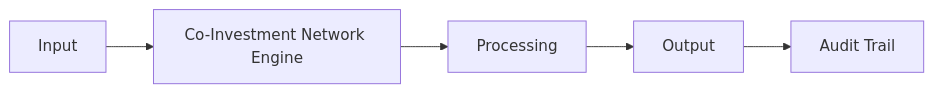
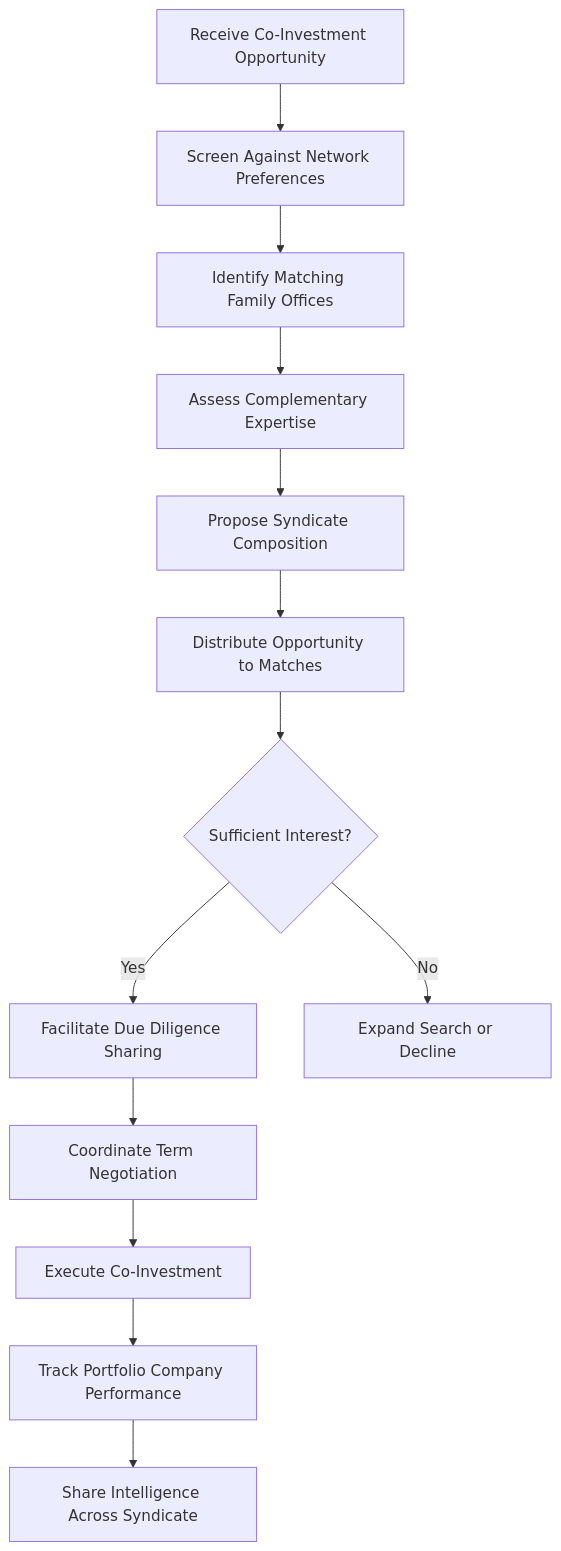
Before and after one commit to andrew-leo-2024/marketplace-docs: the diagram in docs/audiences/06-family-offices/co-investment-network-engine.mdx, drawn with Mermaid. The commit also changed other lines of this file and 401 other files, not shown here.

````diff
--- a/docs/audiences/06-family-offices/co-investment-network-engine.mdx
+++ b/docs/audiences/06-family-offices/co-investment-network-engine.mdx
@@ -29,7 +35,15 @@
 ```mermaid
-graph LR
-    A[Input] --> B[Co-Investment Network Engine]
-    B --> C[Processing]
-    C --> D[Output]
-    D --> E[Audit Trail]
+graph TD
+    A[Receive Co-Investment Opportunity] --> B[Screen Against Network Preferences]
+    B --> C[Identify Matching Family Offices]
+    C --> D[Assess Complementary Expertise]
+    D --> E[Propose Syndicate Composition]
+    E --> F[Distribute Opportunity to Matches]
+    F --> G{Sufficient Interest?}
+    G -->|Yes| H[Facilitate Due Diligence Sharing]
+    G -->|No| I[Expand Search or Decline]
+    H --> J[Coordinate Term Negotiation]
+    J --> K[Execute Co-Investment]
+    K --> L[Track Portfolio Company Performance]
+    L --> M[Share Intelligence Across Syndicate]
 ```
````
